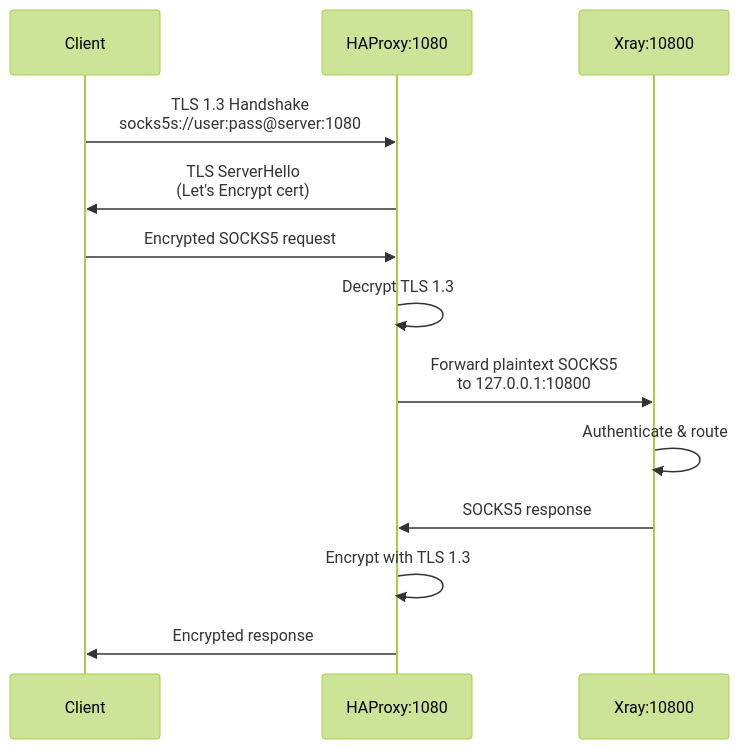
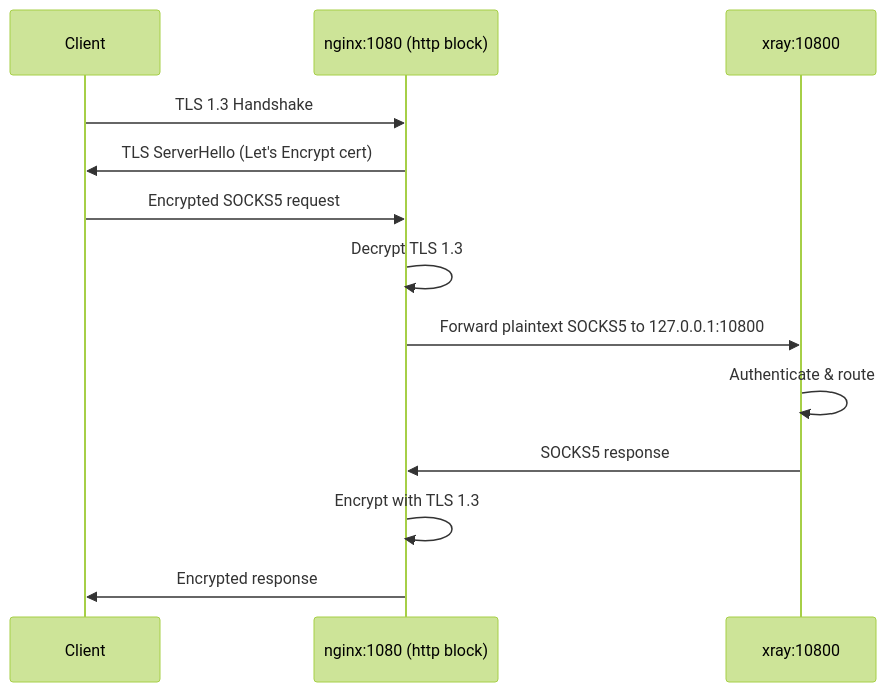
The third of 5 diagrams in docs/architecture/diagrams/deployment/port-mapping.md (ikeniborn/vless), drawn with Mermaid (forest theme) before and after one commit. The commit also changed other lines of this file and 24 other files, not shown here.

````diff
--- a/docs/architecture/diagrams/deployment/port-mapping.md
+++ b/docs/architecture/diagrams/deployment/port-mapping.md
@@ -211,16 +169,16 @@
 ```mermaid
 sequenceDiagram
     participant Client
-    participant HAProxy1080 as HAProxy:1080
-    participant Xray10800 as Xray:10800
+    participant Nginx1080 as nginx:1080 (http block)
+    participant Xray10800 as xray:10800
 
-    Client->>HAProxy1080: TLS 1.3 Handshake<br/>socks5s://user:pass@server:1080
-    HAProxy1080->>Client: TLS ServerHello<br/>(Let's Encrypt cert)
-    Client->>HAProxy1080: Encrypted SOCKS5 request
-    HAProxy1080->>HAProxy1080: Decrypt TLS 1.3
-    HAProxy1080->>Xray10800: Forward plaintext SOCKS5<br/>to 127.0.0.1:10800
+    Client->>Nginx1080: TLS 1.3 Handshake
+    Nginx1080->>Client: TLS ServerHello (Let's Encrypt cert)
+    Client->>Nginx1080: Encrypted SOCKS5 request
+    Nginx1080->>Nginx1080: Decrypt TLS 1.3
+    Nginx1080->>Xray10800: Forward plaintext SOCKS5 to 127.0.0.1:10800
     Xray10800->>Xray10800: Authenticate & route
-    Xray10800->>HAProxy1080: SOCKS5 response
-    HAProxy1080->>HAProxy1080: Encrypt with TLS 1.3
-    HAProxy1080->>Client: Encrypted response
+    Xray10800->>Nginx1080: SOCKS5 response
+    Nginx1080->>Nginx1080: Encrypt with TLS 1.3
+    Nginx1080->>Client: Encrypted response
 ```
````
